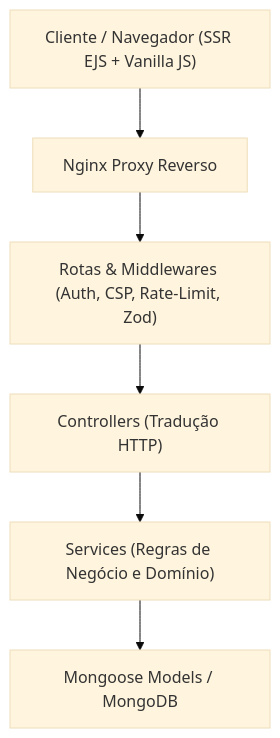
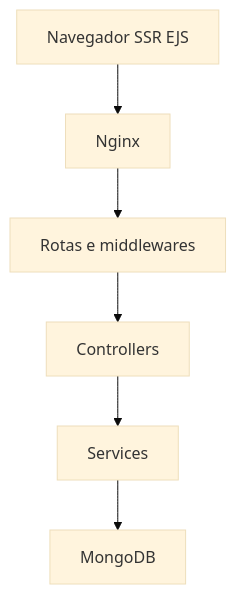
Before and after one commit to pedroiff0/projeto-profissional: the diagram in README.md, drawn with Mermaid (base theme). The commit also changed other lines of this file, not shown here.

````diff
--- a/README.md
+++ b/README.md
@@ -46,8 +144,8 @@
 ```mermaid
 graph TD
-    A["Cliente / Navegador (SSR EJS + Vanilla JS)"] --> B["Nginx Proxy Reverso"]
-    B --> C["Rotas & Middlewares (Auth, CSP, Rate-Limit, Zod)"]
-    C --> D["Controllers (Tradução HTTP)"]
-    D --> E["Services (Regras de Negócio e Domínio)"]
-    E --> F["Mongoose Models / MongoDB"]
+    A[Navegador SSR EJS] --> B[Nginx]
+    B --> C[Rotas e middlewares]
+    C --> D[Controllers]
+    D --> E[Services]
+    E --> F[MongoDB]
 ```
````
